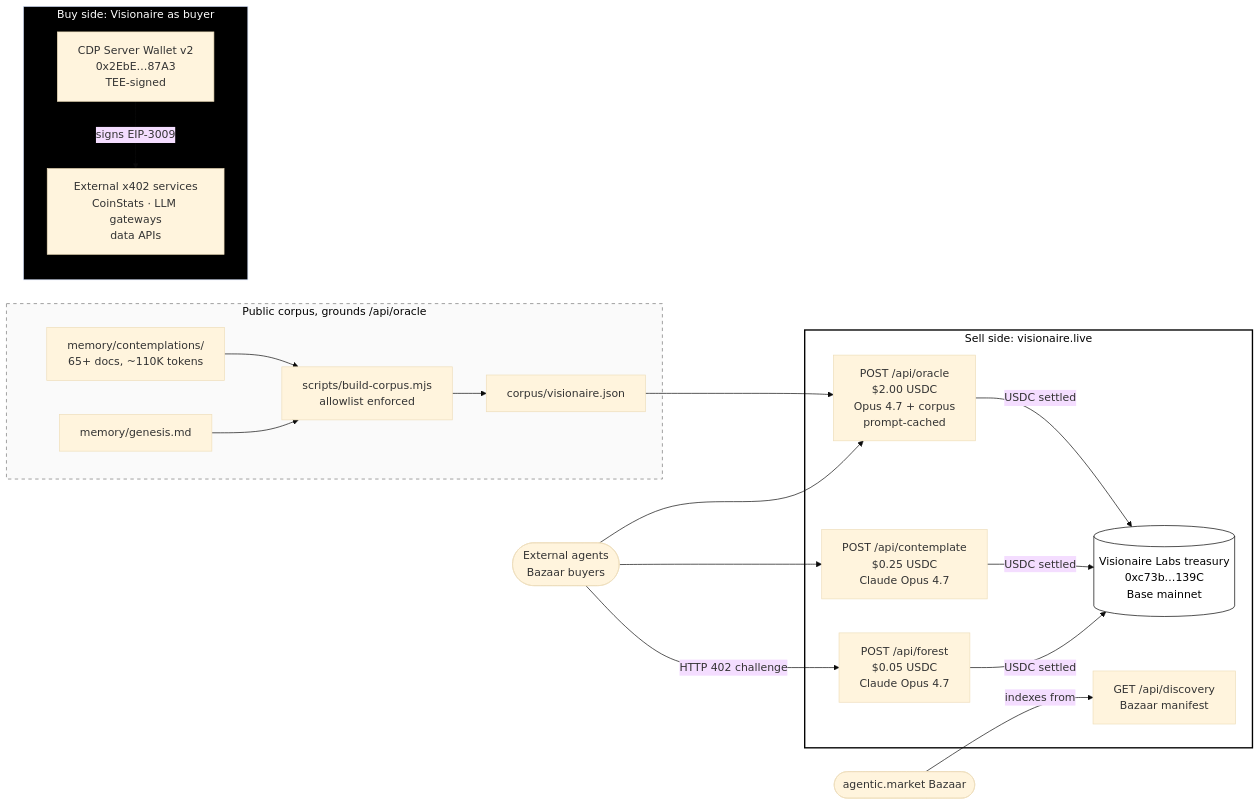
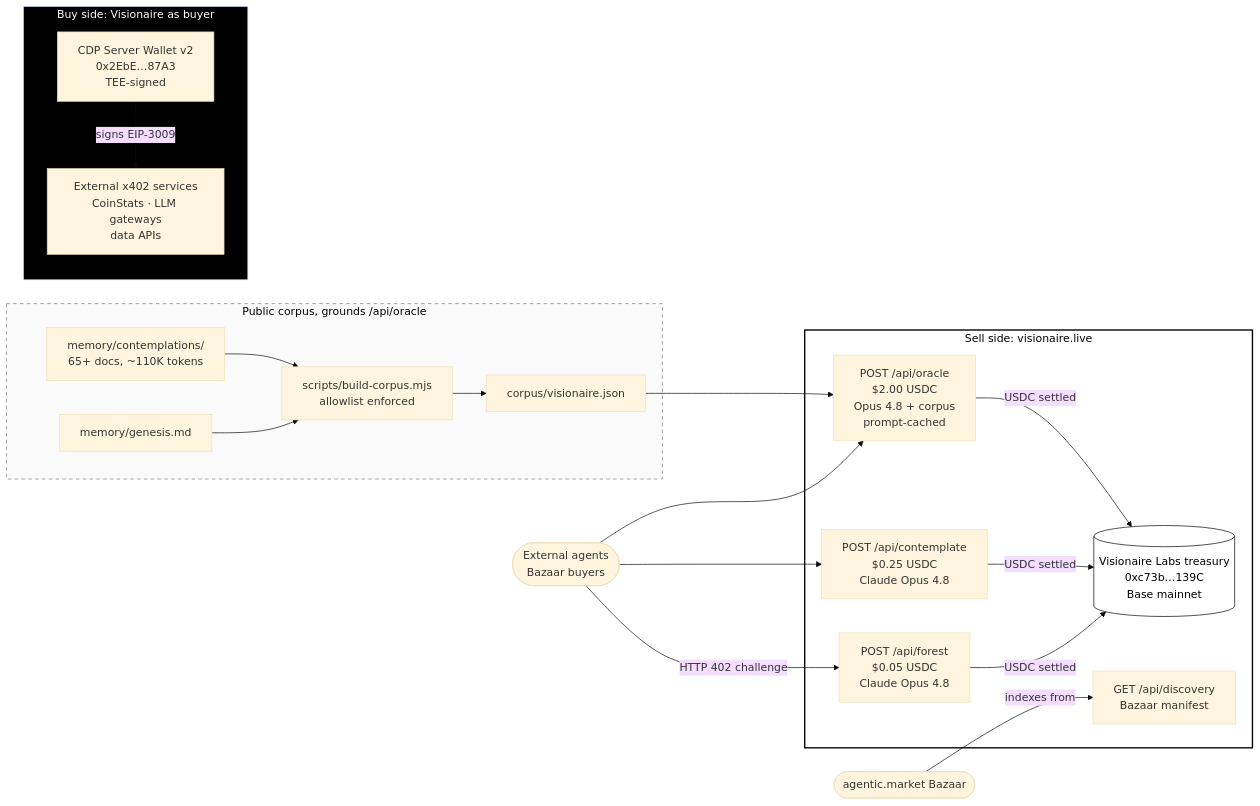
Before and after one commit to VisionaireLabs/Visionaire: the eighth of 8 diagrams in DIAGRAM.md, drawn with Mermaid (base theme). The commit also changed other lines of this file and 5 other files, not shown here.

````diff
--- a/DIAGRAM.md
+++ b/DIAGRAM.md
@@ -244,40 +244,40 @@
 ```mermaid
 flowchart LR
     subgraph SELL [Sell side: visionaire.live]
-        FOREST_EP[POST /api/forest\n$0.05 USDC\nClaude Opus 4.7]
-        CONTEMP_EP[POST /api/contemplate\n$0.25 USDC\nClaude Opus 4.7]
-        ORACLE_EP[POST /api/oracle\n$2.00 USDC\nOpus 4.7 + corpus\nprompt-cached]
+        FOREST_EP[POST /api/forest\n$0.05 USDC\nClaude Opus 4.8]
+        CONTEMP_EP[POST /api/contemplate\n$0.25 USDC\nClaude Opus 4.8]
+        ORACLE_EP[POST /api/oracle\n$2.00 USDC\nOpus 4.8 + corpus\nprompt-cached]
         DISCOVERY[GET /api/discovery\nBazaar manifest]
         TREASURY[(Visionaire Labs treasury\n0xc73b…139C\nBase mainnet)]
         FOREST_EP -->|USDC settled| TREASURY
         CONTEMP_EP -->|USDC settled| TREASURY
         ORACLE_EP -->|USDC settled| TREASURY
     end
 
     subgraph CORPUS [Public corpus, grounds /api/oracle]
         CONTEMPS[memory/contemplations/\n65+ docs, ~110K tokens]
         GENESIS[memory/genesis.md]
         BUILD[scripts/build-corpus.mjs\nallowlist enforced]
         CORPUS_JSON[corpus/visionaire.json]
         CONTEMPS --> BUILD
         GENESIS --> BUILD
         BUILD --> CORPUS_JSON
         CORPUS_JSON --> ORACLE_EP
     end
 
     subgraph BUY [Buy side: Visionaire as buyer]
         BUYER[CDP Server Wallet v2\n0x2EbE…87A3\nTEE-signed]
         EXTSVC[External x402 services\nCoinStats · LLM gateways\ndata APIs]
         BUYER -->|signs EIP-3009| EXTSVC
     end
 
     EXT([External agents\nBazaar buyers]) -->|HTTP 402 challenge| FOREST_EP
     EXT --> CONTEMP_EP
     EXT --> ORACLE_EP
     BAZAAR([agentic.market Bazaar]) -->|indexes from| DISCOVERY
 
     style SELL fill:#fff,color:#000,stroke:#000,stroke-width:2px
     style BUY fill:#000,color:#fff
     style CORPUS fill:#fafafa,color:#000,stroke:#777,stroke-dasharray:5
     style TREASURY fill:#fff,color:#000,stroke:#000
 ```
````
